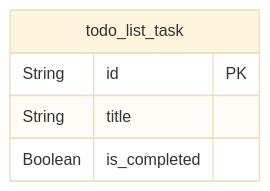
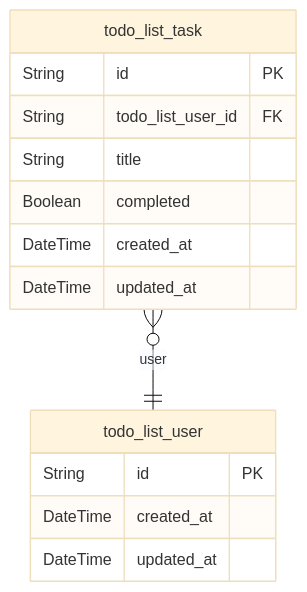
Before and after one commit to wrtnlabs/autobe-example-todo-qwen-qwen3-next-80b-a3b-instruct: the diagram in docs/ERD.md, drawn with Mermaid (base theme). The commit also changed other lines of this file and 81 other files, not shown here.

````diff
--- a/docs/ERD.md
+++ b/docs/ERD.md
@@ -9,8 +9,17 @@
 ```mermaid
 erDiagram
+"todo_list_user" {
+  String id PK
+  DateTime created_at
+  DateTime updated_at
+}
 "todo_list_task" {
   String id PK
+  String todo_list_user_id FK
   String title
-  Boolean is_completed
+  Boolean completed
+  DateTime created_at
+  DateTime updated_at
 }
+"todo_list_task" }o--|| "todo_list_user" : user
 ```
````
